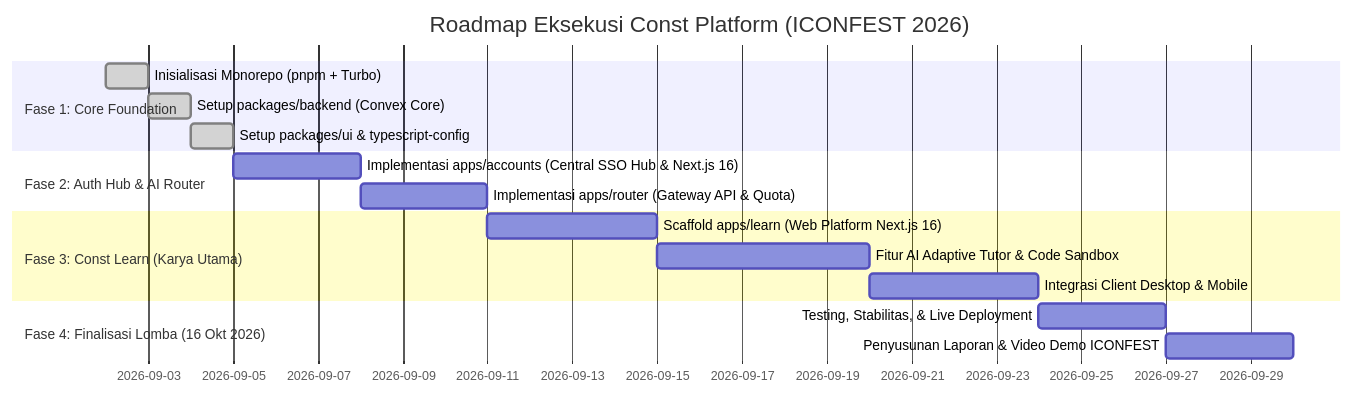
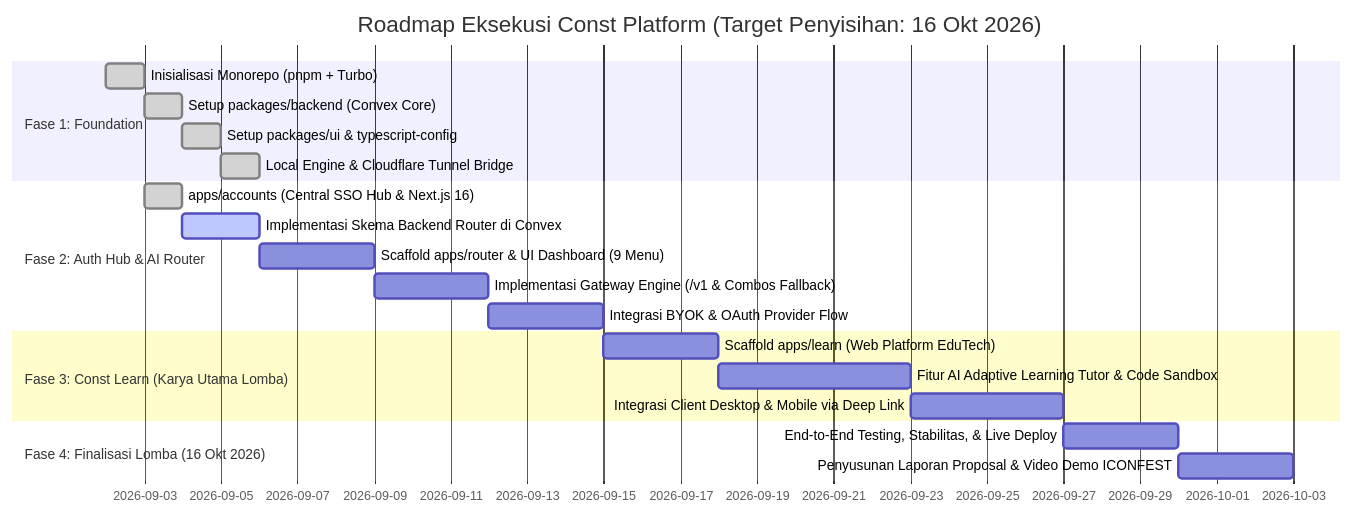
The sixth of 6 diagrams in arsitektur.md (alifconstantine/const), drawn with Mermaid before and after one commit. The commit also changed other lines of this file, not shown here.

First line of the commit message:
docs(architecture): update const router architecture with omniroute v3.8.51 specifications

````diff
--- a/arsitektur.md
+++ b/arsitektur.md
@@ -456,19 +702,23 @@
 ```mermaid
 gantt
-    title Roadmap Eksekusi Const Platform (ICONFEST 2026)
+    title Roadmap Eksekusi Const Platform (Target Penyisihan: 16 Okt 2026)
     dateFormat  YYYY-MM-DD
-    section Fase 1: Core Foundation
+    section Fase 1: Foundation
     Inisialisasi Monorepo (pnpm + Turbo) :done, f1_1, 2026-09-02, 1d
     Setup packages/backend (Convex Core) :done, f1_2, after f1_1, 1d
     Setup packages/ui & typescript-config :done, f1_3, after f1_2, 1d
+    Local Engine & Cloudflare Tunnel Bridge :done, f1_4, after f1_3, 1d
     section Fase 2: Auth Hub & AI Router
-    Implementasi apps/accounts (Central SSO Hub & Next.js 16) :f2_1, after f1_3, 3d
-    Implementasi apps/router (Gateway API & Quota) :f2_2, after f2_1, 3d
-    section Fase 3: Const Learn (Karya Utama)
-    Scaffold apps/learn (Web Platform Next.js 16) :f3_1, after f2_2, 4d
-    Fitur AI Adaptive Tutor & Code Sandbox :f3_2, after f3_1, 5d
-    Integrasi Client Desktop & Mobile :f3_3, after f3_2, 4d
+    apps/accounts (Central SSO Hub & Next.js 16) :done, f2_1, 2026-09-03, 1d
+    Implementasi Skema Backend Router di Convex :active, f2_2, 2026-09-04, 2d
+    Scaffold apps/router & UI Dashboard (9 Menu) :f2_3, after f2_2, 3d
+    Implementasi Gateway Engine (/v1 & Combos Fallback) :f2_4, after f2_3, 3d
+    Integrasi BYOK & OAuth Provider Flow :f2_5, after f2_4, 3d
+    section Fase 3: Const Learn (Karya Utama Lomba)
+    Scaffold apps/learn (Web Platform EduTech) :f3_1, after f2_5, 3d
+    Fitur AI Adaptive Learning Tutor & Code Sandbox :f3_2, after f3_1, 5d
+    Integrasi Client Desktop & Mobile via Deep Link :f3_3, after f3_2, 4d
     section Fase 4: Finalisasi Lomba (16 Okt 2026)
-    Testing, Stabilitas, & Live Deployment :f4_1, after f3_3, 3d
-    Penyusunan Laporan & Video Demo ICONFEST :f4_2, after f4_1, 3d
+    End-to-End Testing, Stabilitas, & Live Deploy :f4_1, after f3_3, 3d
+    Penyusunan Laporan Proposal & Video Demo ICONFEST :f4_2, after f4_1, 3d
 ```
````
